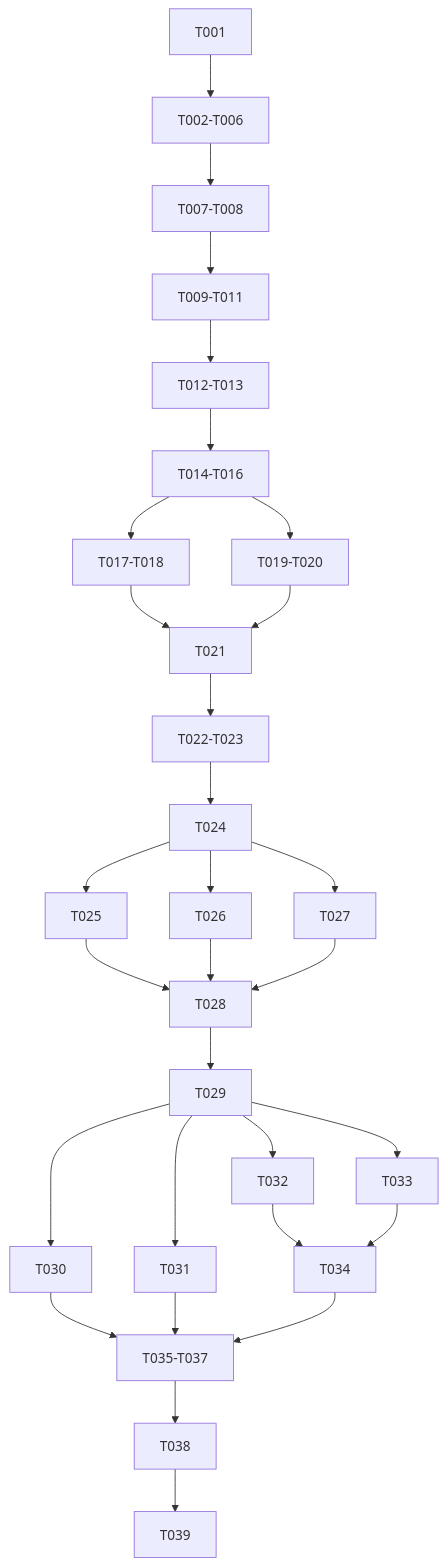
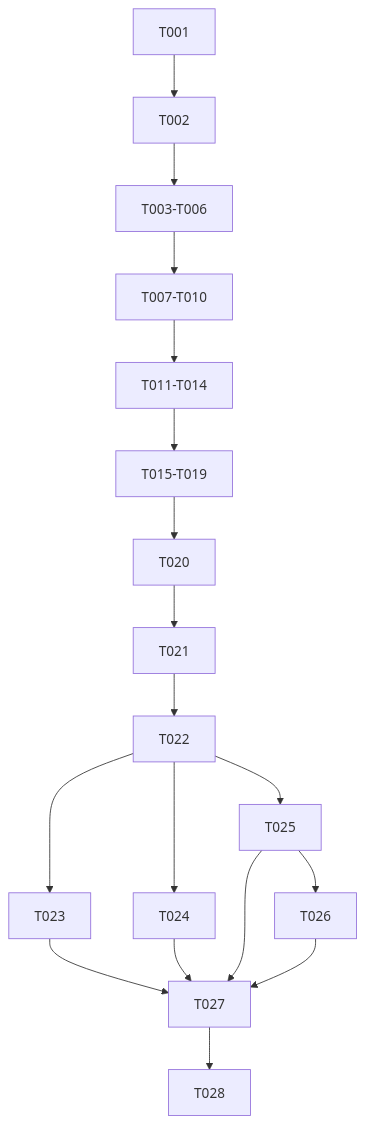
One commit to matianxing1992/NDN_Service_Framework changed the diagram in specs/170-reusable-layer-artifacts/tasks.md. Above: the diagram before and after it, drawn with Mermaid. The commit also changed other lines of this file and 2091 other files, not shown here.

````diff
--- a/specs/170-reusable-layer-artifacts/tasks.md
+++ b/specs/170-reusable-layer-artifacts/tasks.md
@@ -132,32 +81,16 @@
 ```mermaid
 flowchart TD
-  T001 --> F[T002-T006]
-  F --> U1[T007-T008]
-  U1 --> U2[T009-T011]
-  U2 --> BASE[T012-T013]
-  BASE --> A[T014-T016]
-  A --> B[T017-T018]
-  A --> C0[T019-T020]
-  B --> C[T021]
-  C0 --> C
-  C --> SEC[T022-T023]
-  SEC --> BUILD[T024]
-  BUILD --> GA[T025]
-  BUILD --> GB[T026]
-  BUILD --> GC[T027]
-  GA --> CLOSE0[T028]
-  GB --> CLOSE0
-  GC --> CLOSE0
-  CLOSE0 --> FREEZE[T029]
-  FREEZE --> D0[T030]
-  FREEZE --> D1[T031]
-  FREEZE --> D2A[T032]
-  FREEZE --> D2B[T033]
-  D2A --> D2H[T034]
-  D2B --> D2H
-  D0 --> M[T035-T037]
-  D1 --> M
-  D2H --> M
-  M --> DOC[T038]
-  DOC --> FINAL[T039]
+  T001 --> T002 --> P[T003-T006]
+  P --> O[T007-T010]
+  O --> D[T011-T014]
+  D --> I[T015-T019]
+  I --> T020 --> T021 --> T022
+  T022 --> T023
+  T022 --> T024
+  T022 --> T025
+  T025 --> T026
+  T023 --> T027
+  T024 --> T027
+  T025 --> T027
+  T026 --> T027 --> T028
 ```
````
